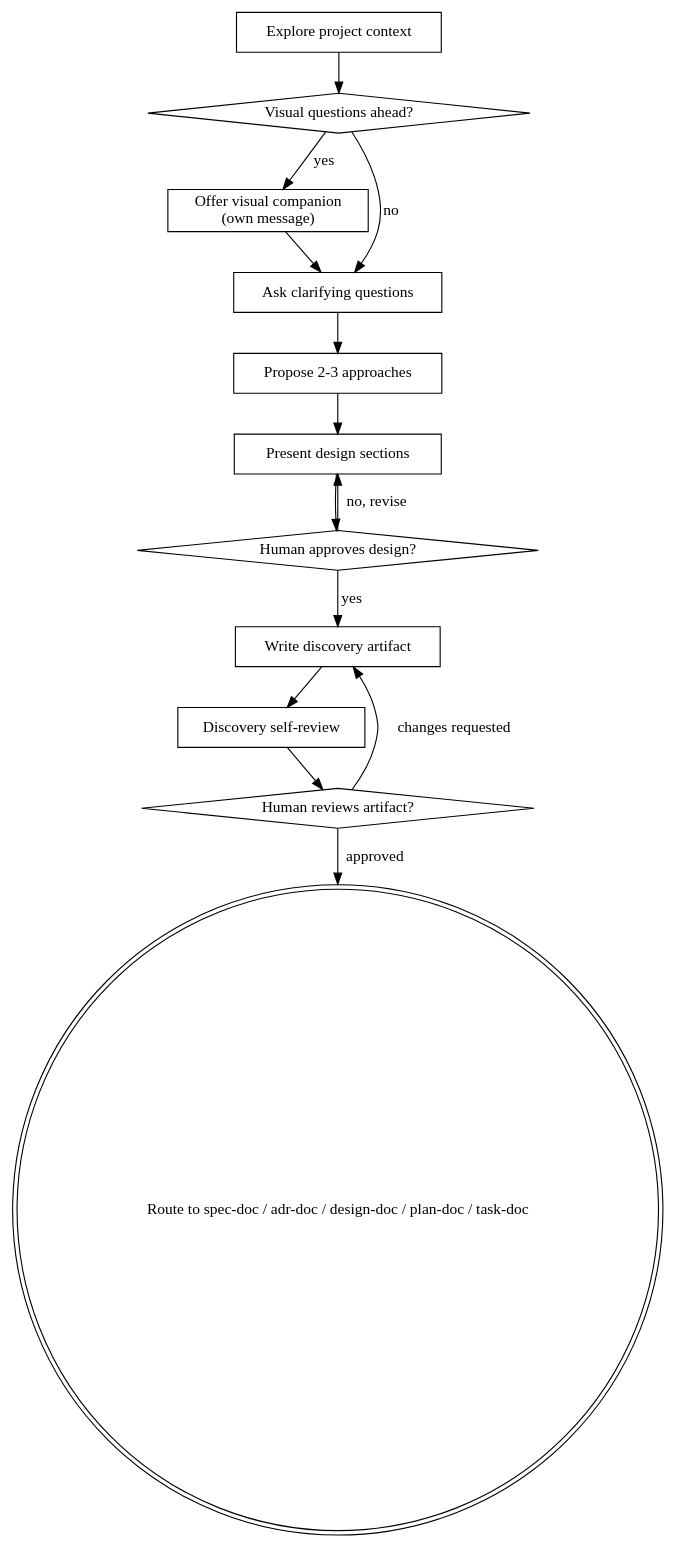
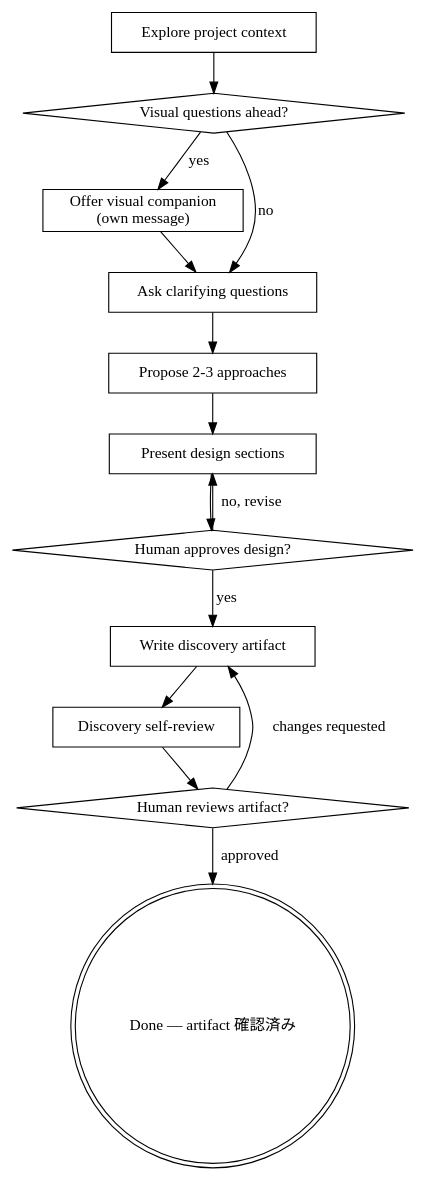
Before and after one commit to scarecrow173/apm-packages: the diagram in packages/doc-driven-dev-apm/.apm/skills/brainstorming/SKILL.ja.md, drawn with Graphviz. The commit also changed other lines of this file and 14 other files, not shown here.

First line of the commit message:
feat(doc-driven-dev): add doc-driven-dev-flow meta skill and simplify existing skills

````diff
--- a/packages/doc-driven-dev-apm/.apm/skills/brainstorming/SKILL.ja.md
+++ b/packages/doc-driven-dev-apm/.apm/skills/brainstorming/SKILL.ja.md
@@ -57,29 +55,29 @@
 ```dot
 digraph brainstorming {
   "Explore project context" [shape=box];
   "Visual questions ahead?" [shape=diamond];
   "Offer visual companion\n(own message)" [shape=box];
   "Ask clarifying questions" [shape=box];
   "Propose 2-3 approaches" [shape=box];
   "Present design sections" [shape=box];
   "Human approves design?" [shape=diamond];
   "Write discovery artifact" [shape=box];
   "Discovery self-review" [shape=box];
   "Human reviews artifact?" [shape=diamond];
-  "Route to spec-doc / adr-doc / design-doc / plan-doc / task-doc" [shape=doublecircle];
+  "Done — artifact 確認済み" [shape=doublecircle];
 
   "Explore project context" -> "Visual questions ahead?";
   "Visual questions ahead?" -> "Offer visual companion\n(own message)" [label="yes"];
   "Visual questions ahead?" -> "Ask clarifying questions" [label="no"];
   "Offer visual companion\n(own message)" -> "Ask clarifying questions";
   "Ask clarifying questions" -> "Propose 2-3 approaches";
   "Propose 2-3 approaches" -> "Present design sections";
   "Present design sections" -> "Human approves design?";
   "Human approves design?" -> "Present design sections" [label="no, revise"];
   "Human approves design?" -> "Write discovery artifact" [label="yes"];
   "Write discovery artifact" -> "Discovery self-review";
   "Discovery self-review" -> "Human reviews artifact?";
   "Human reviews artifact?" -> "Write discovery artifact" [label="changes requested"];
-  "Human reviews artifact?" -> "Route to spec-doc / adr-doc / design-doc / plan-doc / task-doc" [label="approved"];
+  "Human reviews artifact?" -> "Done — artifact 確認済み" [label="approved"];
 }
 ```
````
